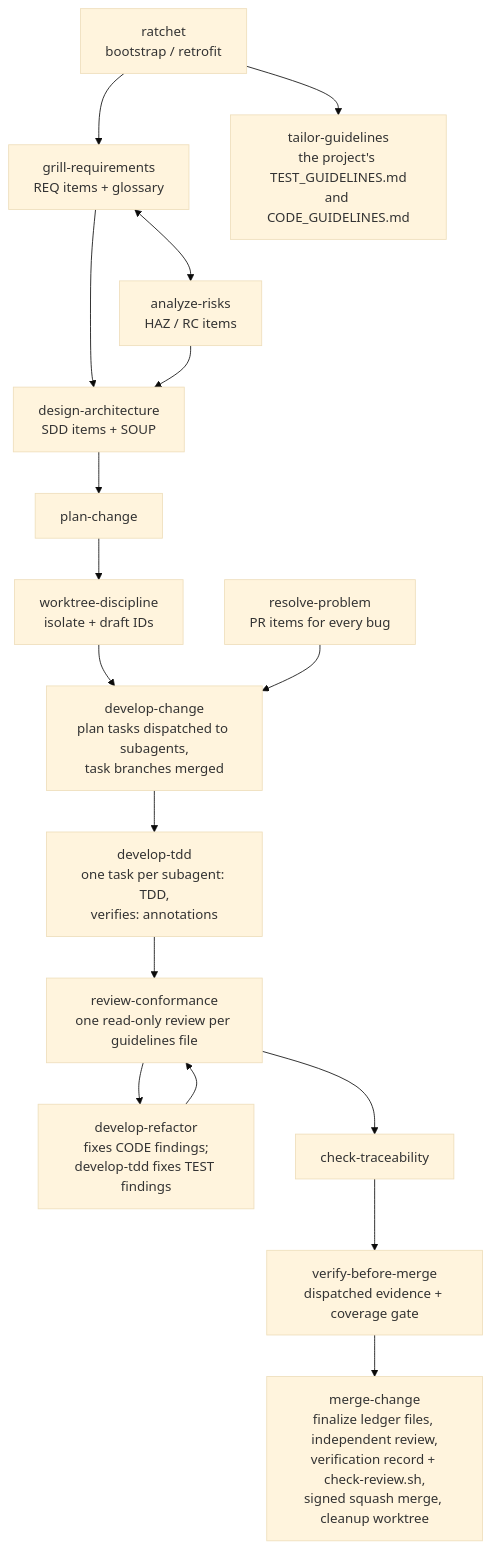
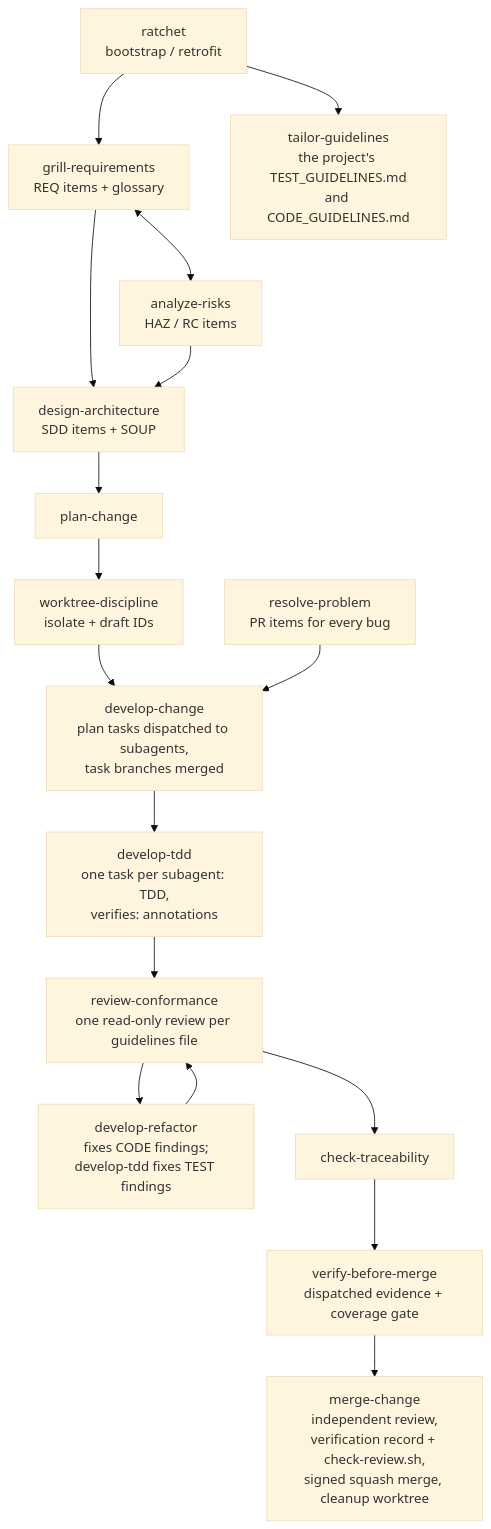
The diagram in README.md (Jan-Jan/guardrails), drawn with Mermaid (base theme) before and after one commit. The commit also changed other lines of this file and 55 other files, not shown here.

````diff
--- a/README.md
+++ b/README.md
@@ -42,19 +42,19 @@
 ```mermaid
 flowchart TD
     R[ratchet<br/>bootstrap / retrofit] --> G[grill-requirements<br/>REQ items + glossary]
     R --> TG[tailor-guidelines<br/>the project's TEST_GUIDELINES.md<br/>and CODE_GUIDELINES.md]
     G <--> A[analyze-risks<br/>HAZ / RC items]
     G --> D[design-architecture<br/>SDD items + SOUP]
     A --> D
     D --> P[plan-change]
     P --> W[worktree-discipline<br/>isolate + draft IDs]
     W --> DEV[develop-change<br/>plan tasks dispatched to subagents,<br/>task branches merged]
     B[resolve-problem<br/>PR items for every bug] --> DEV
     DEV --> TDD[develop-tdd<br/>one task per subagent: TDD,<br/>verifies: annotations]
     TDD --> RC[review-conformance<br/>one read-only review per guidelines file]
     RC --> RF[develop-refactor<br/>fixes CODE findings;<br/>develop-tdd fixes TEST findings]
     RF --> RC
     RC --> CT[check-traceability]
     CT --> V[verify-before-merge<br/>dispatched evidence + coverage gate]
-    V --> M[merge-change<br/>finalize ledger files, independent review,<br/>verification record + check-review.sh,<br/>signed squash merge, cleanup worktree]
+    V --> M[merge-change<br/>independent review,<br/>verification record + check-review.sh,<br/>signed squash merge, cleanup worktree]
 ```
````
